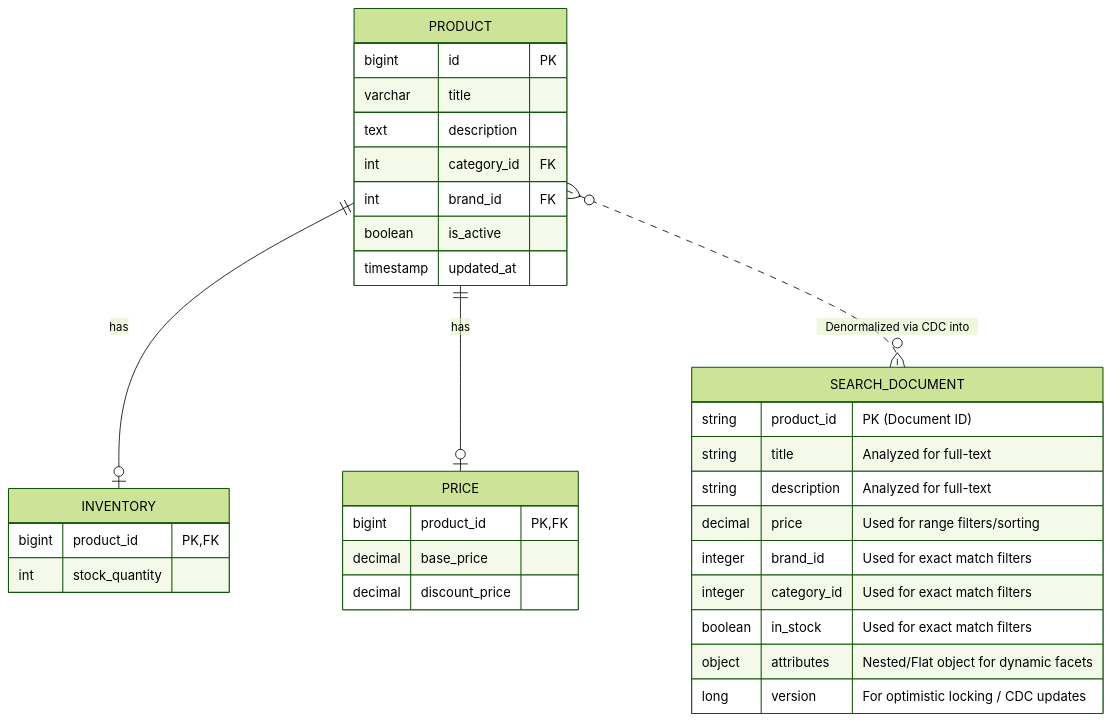
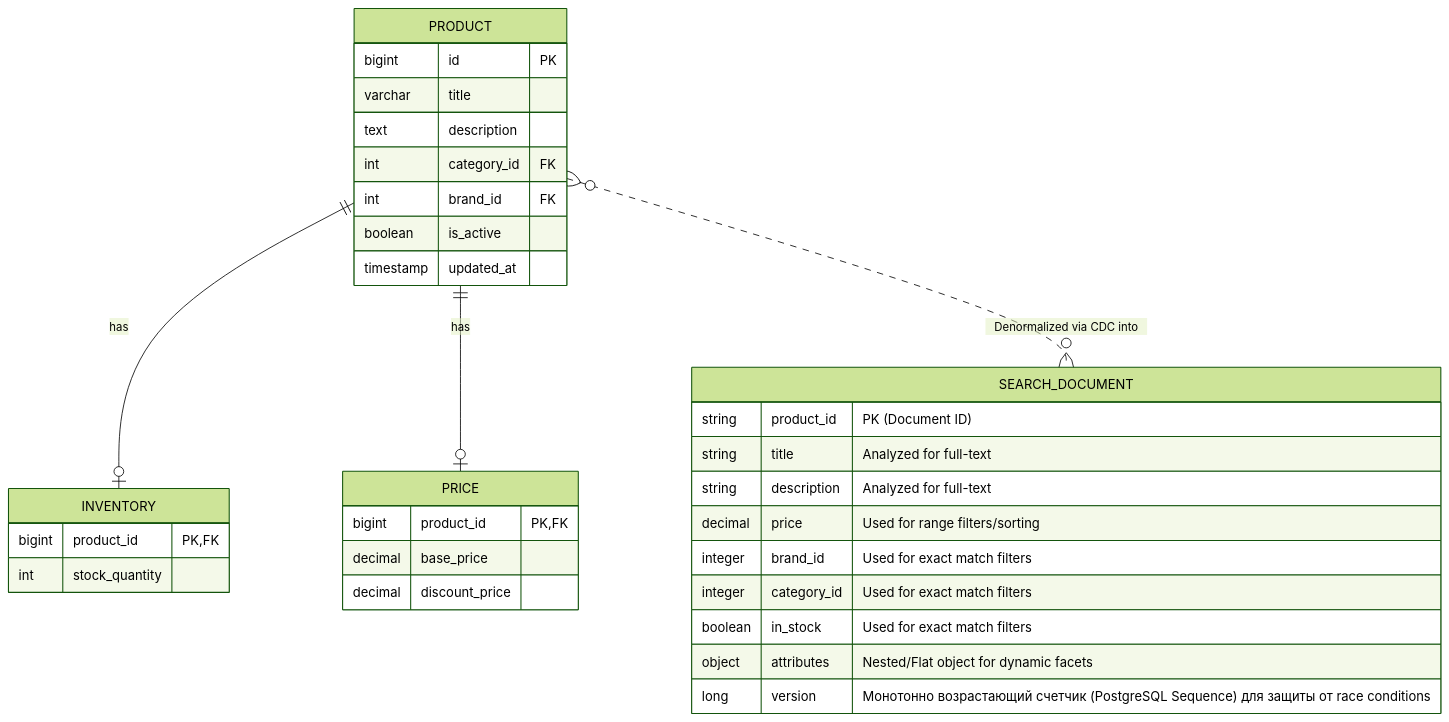
One commit to Diamondsqd/search_system changed the first of 4 diagrams in solution.md. Above: the diagram before and after it, drawn with Mermaid (forest theme). The commit also changed other lines of this file, not shown here.

````diff
--- a/solution.md
+++ b/solution.md
@@ -117,42 +117,42 @@
 ```mermaid
 erDiagram
     %% Master Catalog (Relational)
     PRODUCT {
         bigint id PK
         varchar title
         text description
         int category_id FK
         int brand_id FK
         boolean is_active
         timestamp updated_at
     }
     
     INVENTORY {
         bigint product_id PK, FK
         int stock_quantity
     }
     
     PRICE {
         bigint product_id PK, FK
         decimal base_price
         decimal discount_price
     }
 
     PRODUCT ||--o| INVENTORY : "has"
     PRODUCT ||--o| PRICE : "has"
 
     %% Search Index (Document)
     SEARCH_DOCUMENT {
         string product_id "PK (Document ID)"
         string title "Analyzed for full-text"
         string description "Analyzed for full-text"
         decimal price "Used for range filters/sorting"
         integer brand_id "Used for exact match filters"
         integer category_id "Used for exact match filters"
         boolean in_stock "Used for exact match filters"
         object attributes "Nested/Flat object for dynamic facets"
-        long version "For optimistic locking / CDC updates"
+        long version "Монотонно возрастающий счетчик (PostgreSQL Sequence) для защиты от race conditions"
     }
     
     PRODUCT }o..o{ SEARCH_DOCUMENT : "Denormalized via CDC into"
 ```
````
